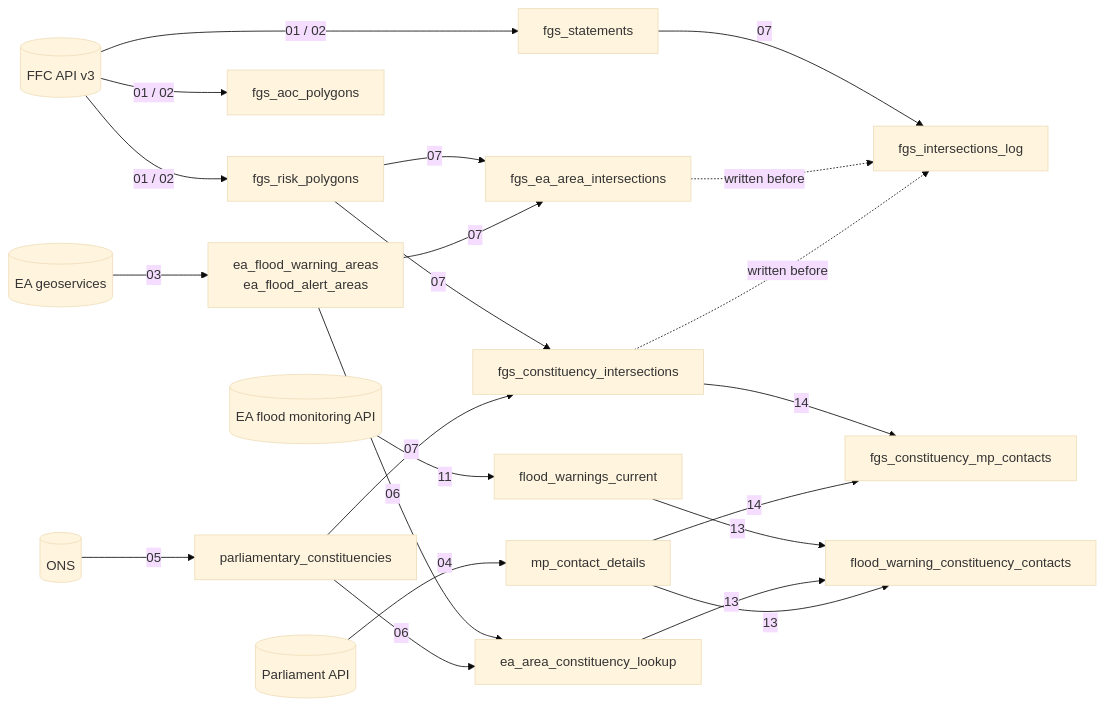
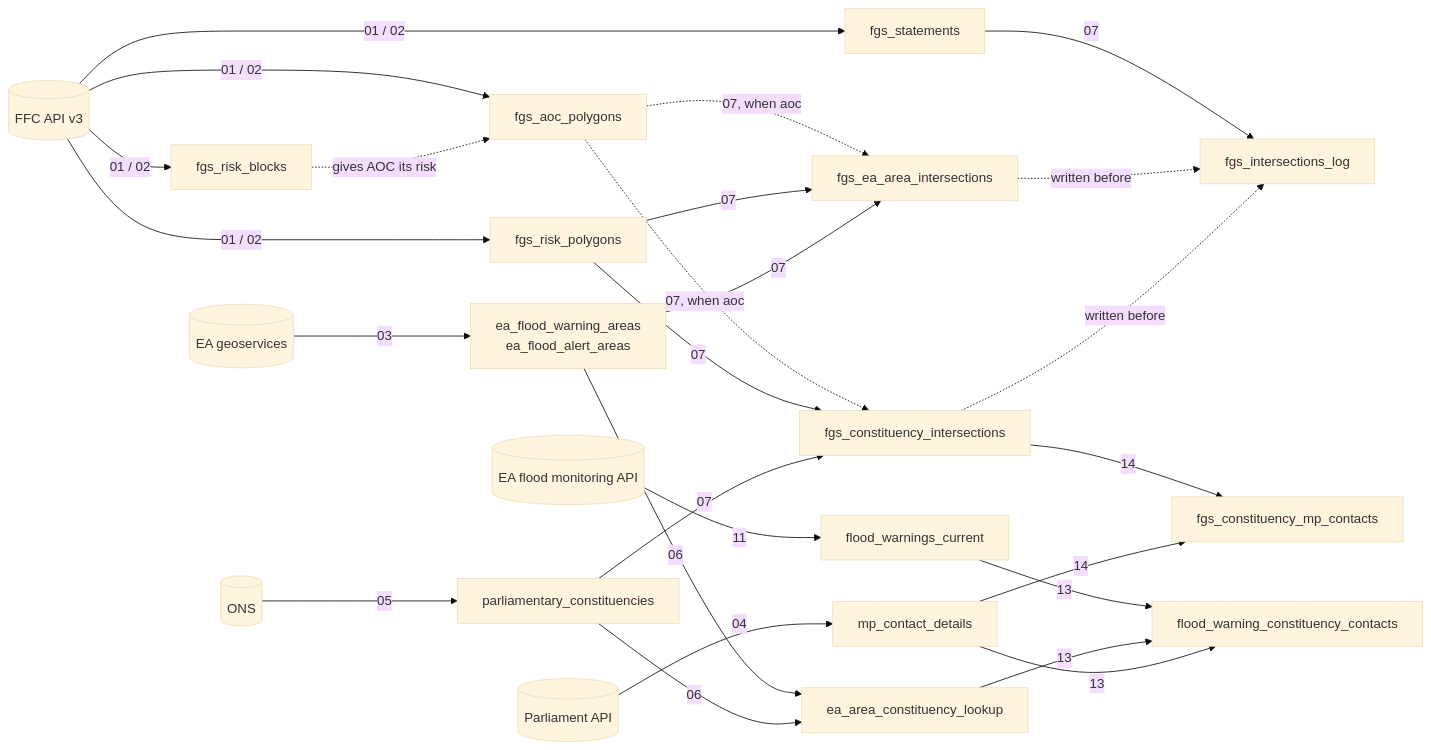
Before and after one commit to JonPayneEA/FGS_Notebooks: the sixth of 6 diagrams in README.md, drawn with Mermaid (base theme). The commit also changed other lines of this file and 7 other files, not shown here.

First line of the commit message:
Add FGS_GEOMETRY_SOURCE: choose risk area polygons or AOC for intersections

````diff
--- a/README.md
+++ b/README.md
@@ -211,24 +303,28 @@
 ```mermaid
 flowchart LR
     FFC[("FFC API v3")] -->|"01 / 02"| STM["fgs_statements"]
     FFC -->|"01 / 02"| RISK["fgs_risk_polygons"]
     FFC -->|"01 / 02"| AOC["fgs_aoc_polygons"]
+    FFC -->|"01 / 02"| BLK["fgs_risk_blocks"]
+    BLK -.->|"gives AOC its risk"| AOC
+    AOC -.->|"07, when aoc"| EAI
+    AOC -.->|"07, when aoc"| CONI
     EAG[("EA geoservices")] -->|"03"| EAA["ea_flood_warning_areas<br/>ea_flood_alert_areas"]
     ONS[("ONS")] -->|"05"| CON["parliamentary_constituencies"]
     PAR[("Parliament API")] -->|"04"| MP["mp_contact_details"]
     EAA -->|"06"| LOOK["ea_area_constituency_lookup"]
     CON -->|"06"| LOOK
     RISK -->|"07"| EAI["fgs_ea_area_intersections"]
     EAA -->|"07"| EAI
     RISK -->|"07"| CONI["fgs_constituency_intersections"]
     CON -->|"07"| CONI
     EAR[("EA flood monitoring API")] -->|"11"| CUR["flood_warnings_current"]
     CONI -->|"14"| FC["fgs_constituency_mp_contacts"]
     MP -->|"14"| FC
     CUR -->|"13"| WC["flood_warning_constituency_contacts"]
     LOOK -->|"13"| WC
     MP -->|"13"| WC
     STM -->|"07"| LOG["fgs_intersections_log"]
     EAI -.->|"written before"| LOG
     CONI -.->|"written before"| LOG
 ```
````
